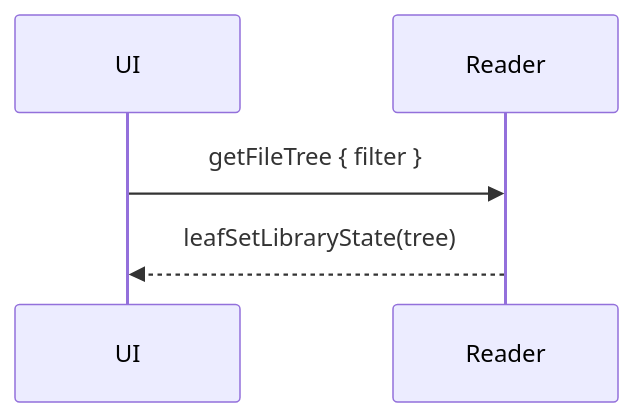
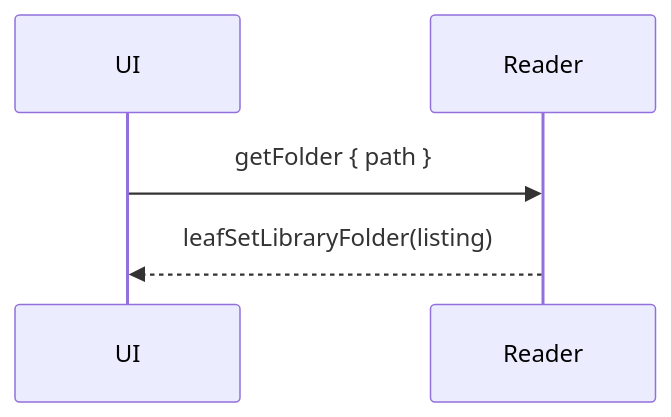
The third of 3 diagrams in docs/01-features/01-rendering.md (ryanallen/leaftext), drawn with Mermaid before and after one commit. The commit also changed 33 other files, not shown here.

````diff
--- a/docs/01-features/01-rendering.md
+++ b/docs/01-features/01-rendering.md
@@ -245,7 +245,7 @@
 ```mermaid
 sequenceDiagram
     participant UI
     participant Reader
-    UI->>Reader: getFileTree { filter }
-    Reader-->>UI: leafSetLibraryState(tree)
+    UI->>Reader: getFolder { path }
+    Reader-->>UI: leafSetLibraryFolder(listing)
 ```
````
